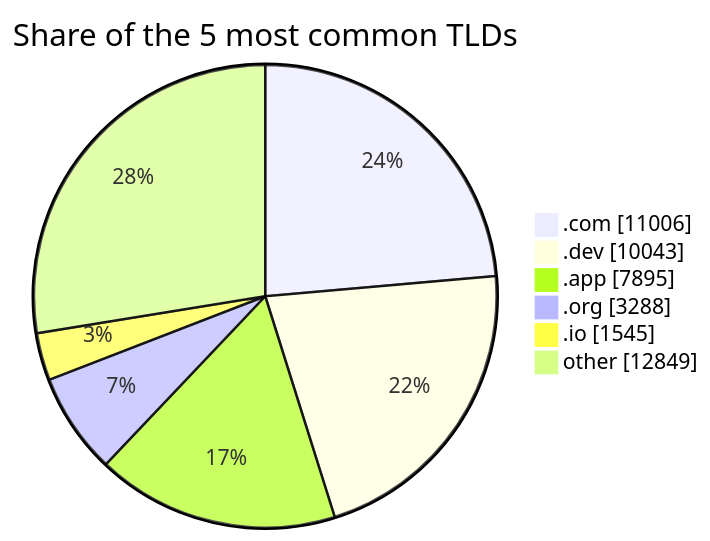
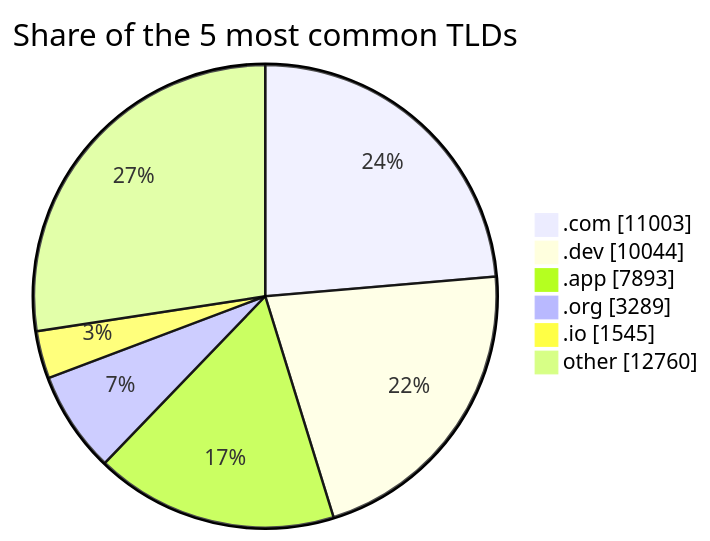
The third of 3 diagrams in README.md (DNSBunker/CTI), drawn with Mermaid before and after one commit. The commit also changed other lines of this file and 3 other files, not shown here.

````diff
--- a/README.md
+++ b/README.md
@@ -81,9 +81,9 @@
 ```mermaid
 pie showData title Share of the 5 most common TLDs
-    ".com" : 11006
-    ".dev" : 10043
-    ".app" : 7895
-    ".org" : 3288
+    ".com" : 11003
+    ".dev" : 10044
+    ".app" : 7893
+    ".org" : 3289
     ".io" : 1545
-    "other" : 12849
+    "other" : 12760
 ```
````
